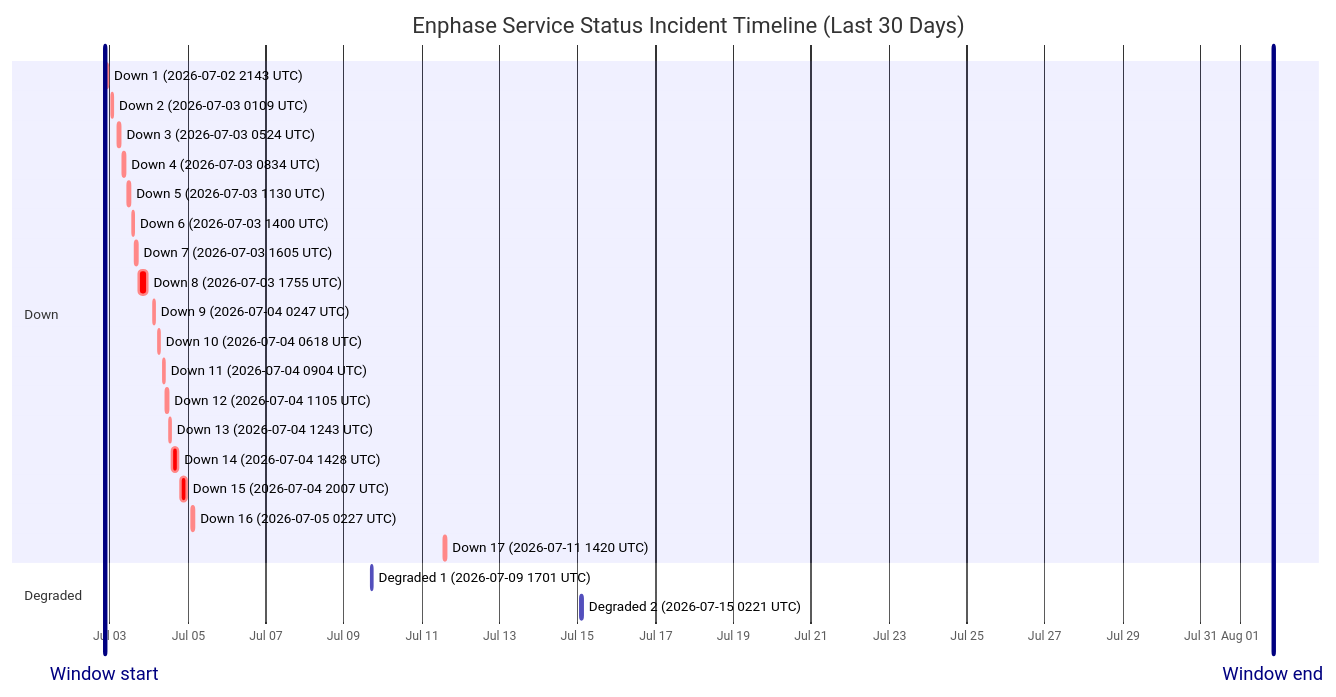
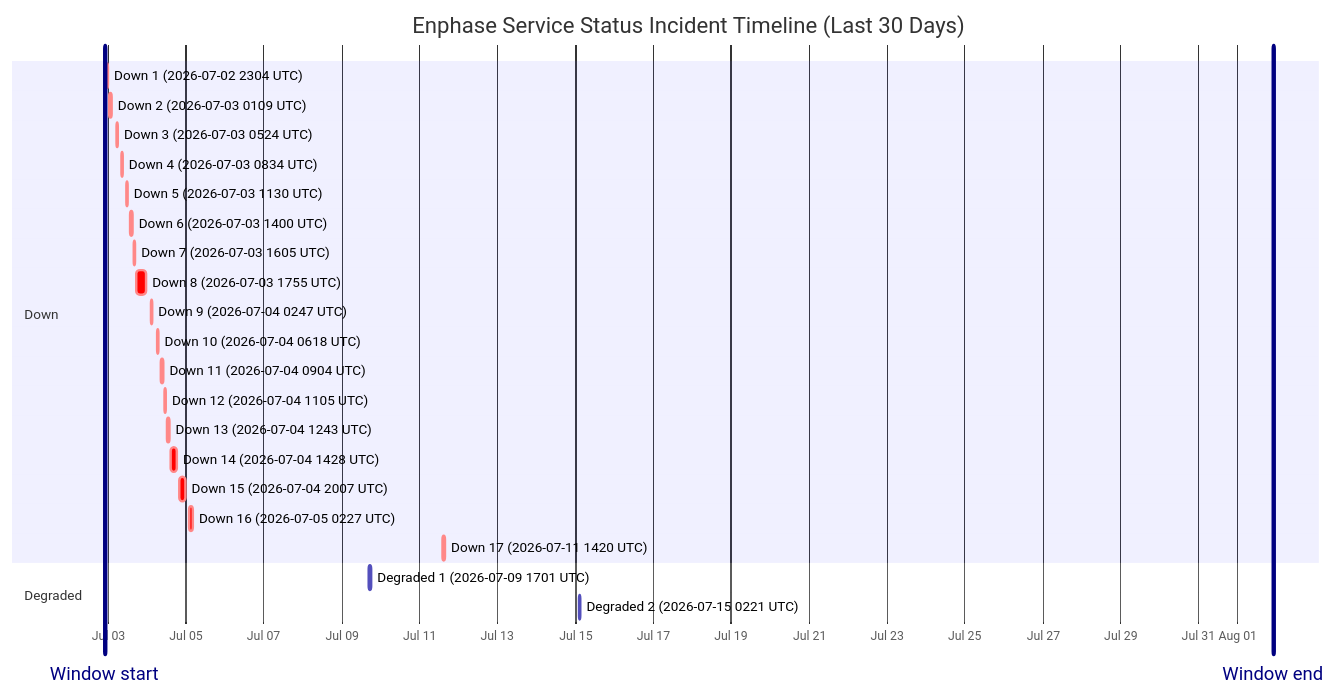
One commit to barneyonline/ha-enphase-energy changed the diagram in wiki/Service-Status-History.md. Above: the diagram before and after it, drawn with Mermaid. The commit also changed other lines of this file and 3 other files, not shown here.

````diff
--- a/wiki/Service-Status-History.md
+++ b/wiki/Service-Status-History.md
@@ -14,29 +14,29 @@
 ```mermaid
 gantt
     title Enphase Service Status Incident Timeline (Last 30 Days)
     dateFormat  YYYY-MM-DDTHH:mm:ss
     axisFormat  %b %d
-    Window start :vert, window-start, 2026-07-02T20:50:04, 0ms
-    Window end :vert, window-end, 2026-08-01T20:50:04, 0ms
+    Window start :vert, window-start, 2026-07-02T21:53:39, 0ms
+    Window end :vert, window-end, 2026-08-01T21:53:39, 0ms
     section Down
-    Down 1 (2026-07-02 2143 UTC) :crit, down-1, 2026-07-02T21:43:52, 80m
+    Down 1 (2026-07-02 2304 UTC) :crit, down-1, 2026-07-02T23:04:36, 60m
     Down 2 (2026-07-03 0109 UTC) :crit, down-2, 2026-07-03T01:09:19, 60m
     Down 3 (2026-07-03 0524 UTC) :crit, down-3, 2026-07-03T05:24:23, 60m
     Down 4 (2026-07-03 0834 UTC) :crit, down-4, 2026-07-03T08:34:05, 60m
     Down 5 (2026-07-03 1130 UTC) :crit, down-5, 2026-07-03T11:30:41, 60m
     Down 6 (2026-07-03 1400 UTC) :crit, down-6, 2026-07-03T14:00:48, 60m
     Down 7 (2026-07-03 1605 UTC) :crit, down-7, 2026-07-03T16:05:49, 60m
     Down 8 (2026-07-03 1755 UTC) :crit, down-8, 2026-07-03T17:55:54, 338m
     Down 9 (2026-07-04 0247 UTC) :crit, down-9, 2026-07-04T02:47:22, 60m
     Down 10 (2026-07-04 0618 UTC) :crit, down-10, 2026-07-04T06:18:09, 60m
     Down 11 (2026-07-04 0904 UTC) :crit, down-11, 2026-07-04T09:04:41, 60m
     Down 12 (2026-07-04 1105 UTC) :crit, down-12, 2026-07-04T11:05:21, 60m
     Down 13 (2026-07-04 1243 UTC) :crit, down-13, 2026-07-04T12:43:25, 60m
     Down 14 (2026-07-04 1428 UTC) :crit, down-14, 2026-07-04T14:28:07, 243m
     Down 15 (2026-07-04 2007 UTC) :crit, down-15, 2026-07-04T20:07:50, 206m
     Down 16 (2026-07-05 0227 UTC) :crit, down-16, 2026-07-05T02:27:32, 109m
     Down 17 (2026-07-11 1420 UTC) :crit, down-17, 2026-07-11T14:20:54, 69m
     section Degraded
     Degraded 1 (2026-07-09 1701 UTC) :active, degraded-1, 2026-07-09T17:01:02, 60m
     Degraded 2 (2026-07-15 0221 UTC) :active, degraded-2, 2026-07-15T02:21:35, 60m
 ```
````
